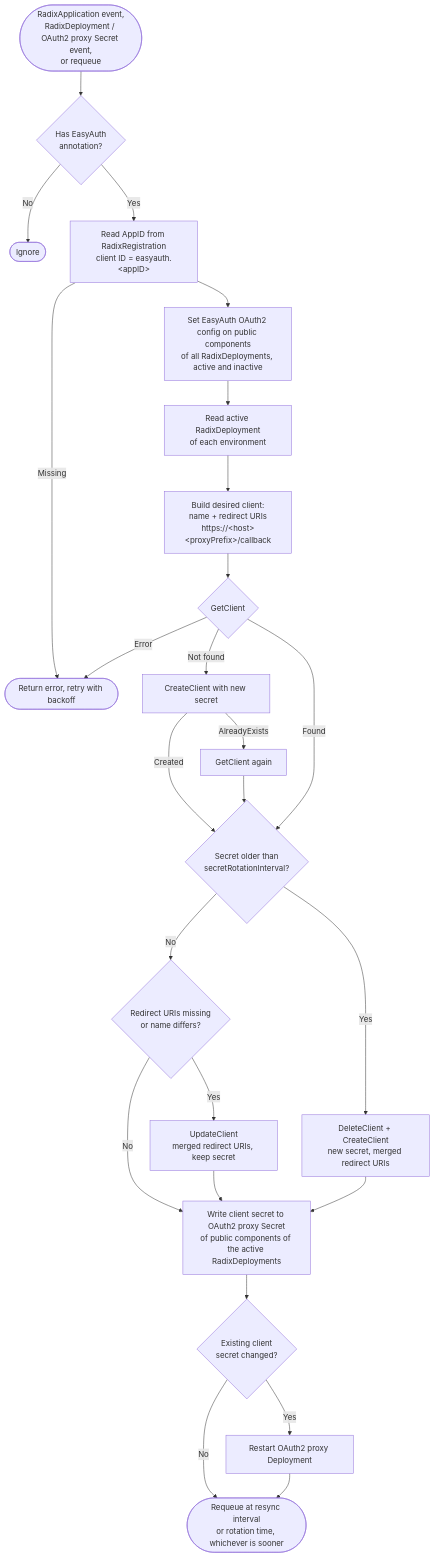
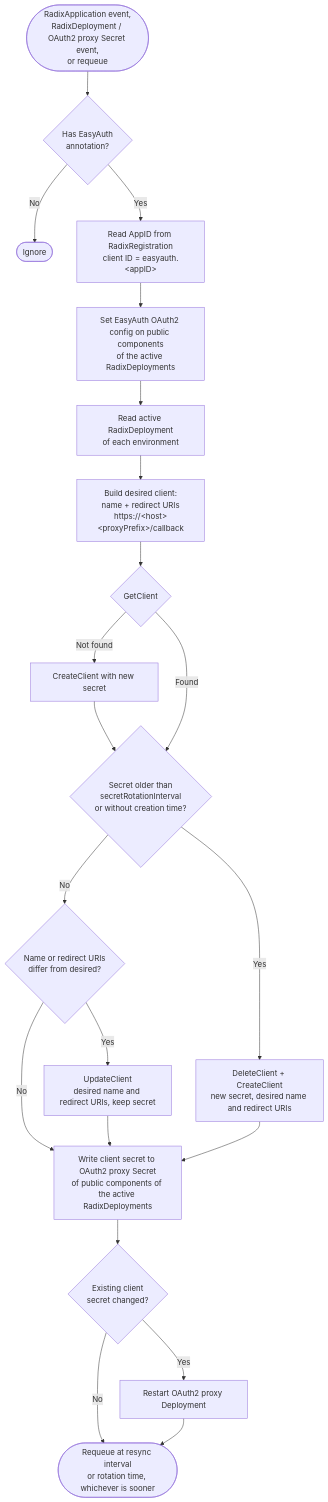
One commit to equinor/radix-operator changed the diagram in easyauth/README.md. Above: the diagram before and after it, drawn with Mermaid. The commit also changed other lines of this file, not shown here.

Commit message:
feat: refine EasyAuth client management flow and update documentation for clarity

````diff
--- a/easyauth/README.md
+++ b/easyauth/README.md
@@ -288,27 +288,23 @@
 ```mermaid
 flowchart TD
     start([RadixApplication event,<br/>RadixDeployment / OAuth2 proxy Secret event,<br/>or requeue]) --> annotated{Has EasyAuth<br/>annotation?}
     annotated -- No --> ignore([Ignore])
     annotated -- Yes --> appID[Read AppID from RadixRegistration<br/>client ID = easyauth.&lt;appID&gt;]
-    appID -- Missing --> fail([Return error, retry with backoff])
-    appID --> syncRD[Set EasyAuth OAuth2 config on public components<br/>of all RadixDeployments, active and inactive]
+    appID --> syncRD[Set EasyAuth OAuth2 config on public components<br/>of the active RadixDeployments]
     syncRD --> activeRD[Read active RadixDeployment<br/>of each environment]
     activeRD --> desired[Build desired client:<br/>name + redirect URIs<br/>https://&lt;host&gt;&lt;proxyPrefix&gt;/callback]
     desired --> get{GetClient}
     get -- Not found --> create[CreateClient with new secret]
-    create -- AlreadyExists --> reread[GetClient again]
-    create -- Created --> rotate
-    reread --> rotate
-    get -- Error --> fail
-    get -- Found --> rotate{Secret older than<br/>secretRotationInterval?}
-    rotate -- Yes --> recreate[DeleteClient + CreateClient<br/>new secret, merged redirect URIs]
-    rotate -- No --> changed{Redirect URIs missing<br/>or name differs?}
-    changed -- Yes --> update[UpdateClient<br/>merged redirect URIs, keep secret]
+    create --> rotate
+    get -- Found --> rotate{Secret older than<br/>secretRotationInterval<br/>or without creation time?}
+    rotate -- Yes --> recreate[DeleteClient + CreateClient<br/>new secret, desired name and redirect URIs]
+    rotate -- No --> changed{Name or redirect URIs<br/>differ from desired?}
+    changed -- Yes --> update[UpdateClient<br/>desired name and redirect URIs, keep secret]
     changed -- No --> secrets
     update --> secrets
     recreate --> secrets[Write client secret to OAuth2 proxy Secret<br/>of public components of the active RadixDeployments]
     secrets --> restart{Existing client<br/>secret changed?}
     restart -- Yes --> rollout[Restart OAuth2 proxy Deployment]
     restart -- No --> requeue
     rollout --> requeue([Requeue at resync interval<br/>or rotation time, whichever is sooner])
 ```
````
